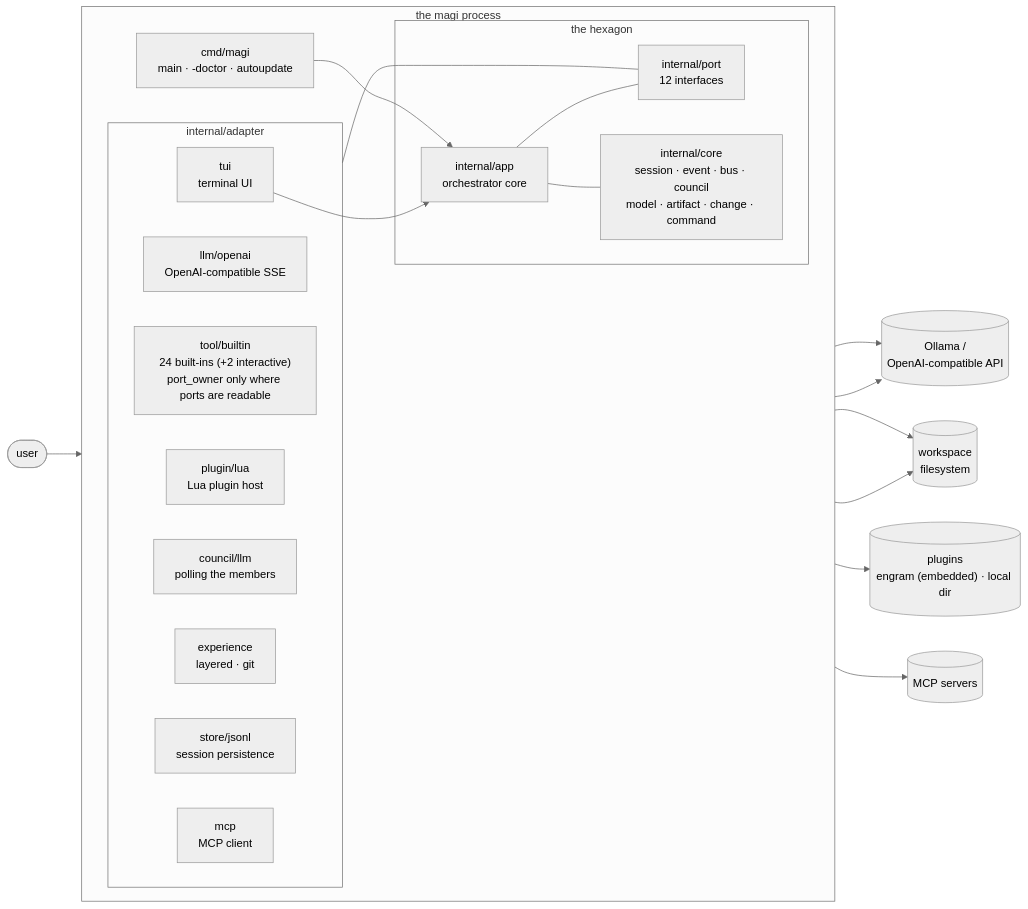
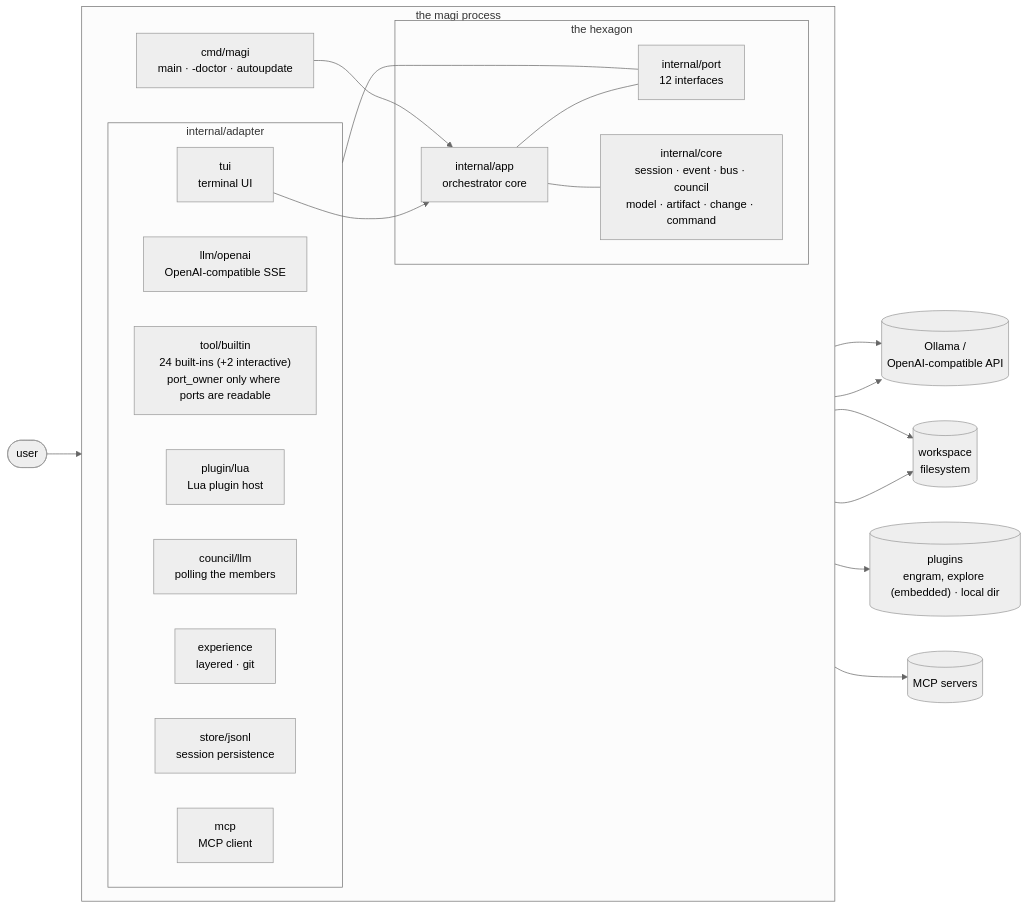
One commit to sayaya1090/magi changed the first of 18 diagrams in docs/DIAGRAMS.md. Above: the diagram before and after it, drawn with Mermaid. The commit also changed 8 other files, not shown here.

First line of the commit message:
explore: an embedded read-only subagent for parallel reading

````diff
--- a/docs/DIAGRAMS.md
+++ b/docs/DIAGRAMS.md
@@ -35,40 +35,40 @@
 ```mermaid
 %%{init: {'theme':'neutral','flowchart':{'curve':'basis'}}}%%
 flowchart LR
   user(["user"])
   subgraph proc["the magi process"]
     direction LR
     cmd["cmd/magi<br/>main · -doctor · autoupdate"]
     subgraph hex["the hexagon"]
       app["internal/app<br/>orchestrator core"]
       port["internal/port<br/>12 interfaces"]
       core["internal/core<br/>session · event · bus · council<br/>model · artifact · change · command"]
     end
     subgraph adp["internal/adapter"]
       tui["tui<br/>terminal UI"]
       llm["llm/openai<br/>OpenAI-compatible SSE"]
       tools["tool/builtin<br/>24 built-ins (+2 interactive)<br/>port_owner only where ports are readable"]
       lua["plugin/lua<br/>Lua plugin host"]
       council["council/llm<br/>polling the members"]
       exp["experience<br/>layered · git"]
       store["store/jsonl<br/>session persistence"]
       mcp["mcp<br/>MCP client"]
     end
   end
   ollama[("Ollama /<br/>OpenAI-compatible API")]
   ws[("workspace<br/>filesystem")]
-  plug[("plugins<br/>engram (embedded) · local dir")]
+  plug[("plugins<br/>engram, explore (embedded) · local dir")]
   mcpsrv[("MCP servers")]
 
   user --> tui --> app
   cmd --> app
   app --- port
   app --- core
   port --- adp
   llm --> ollama
   council --> ollama
   tools --> ws
   lua --> plug
   mcp --> mcpsrv
   store --> ws
 ```
````
